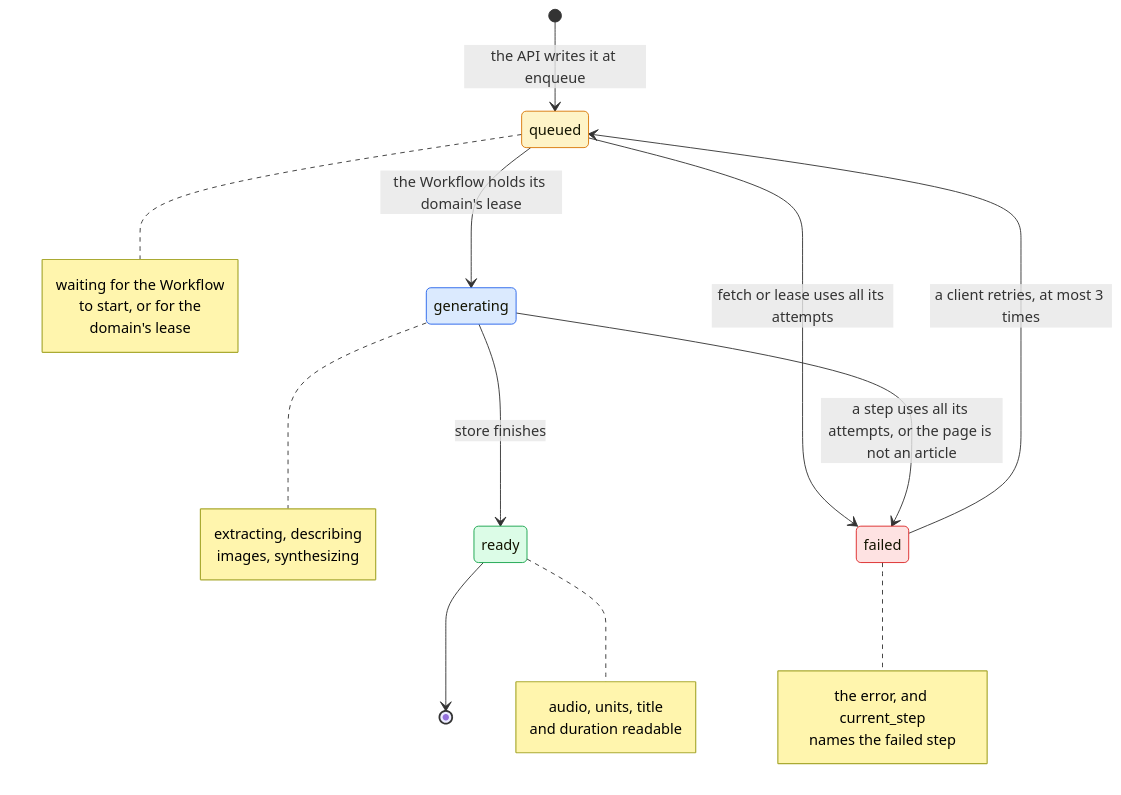
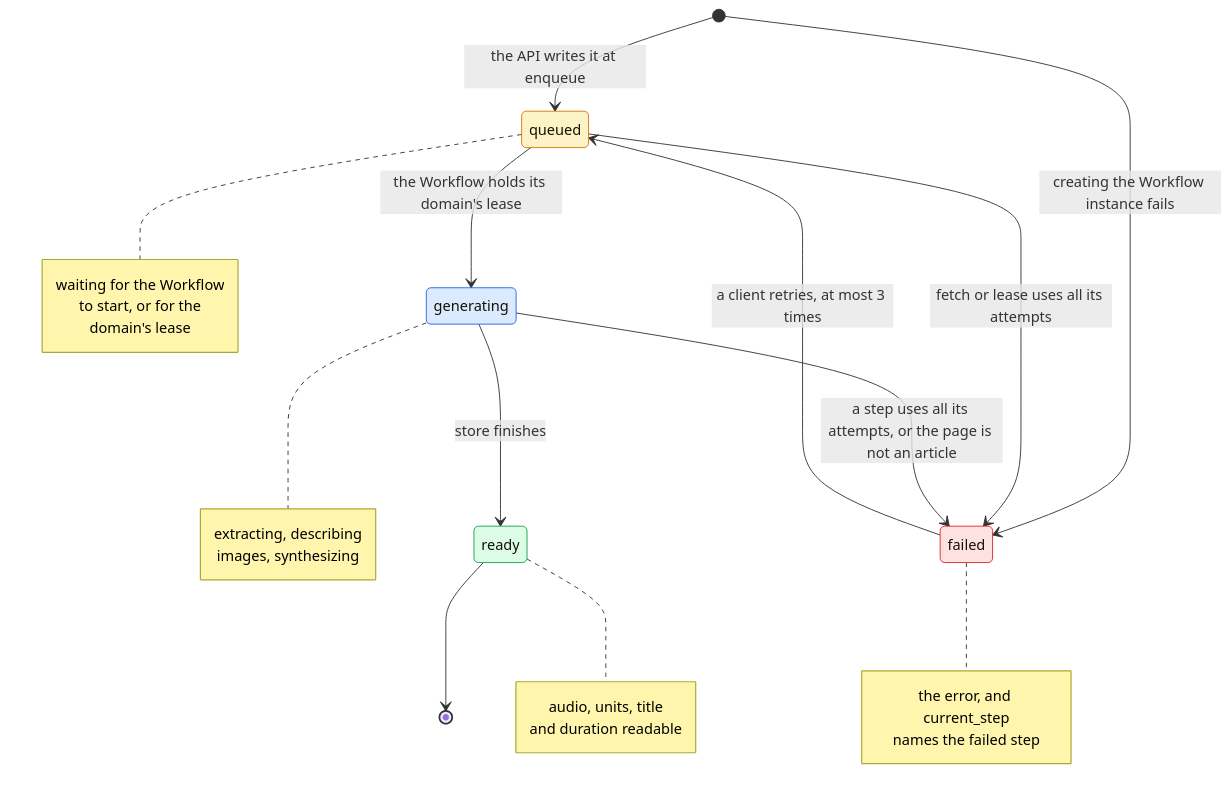
Before and after one commit to asermax/nagara: the second of 4 diagrams in docs/technical-design/item-lifecycle.md, drawn with Mermaid. The commit also changed other lines of this file and 9 other files, not shown here.

````diff
--- a/docs/technical-design/item-lifecycle.md
+++ b/docs/technical-design/item-lifecycle.md
@@ -125,22 +125,23 @@
 ```mermaid
 stateDiagram-v2
     [*] --> queued : the API writes it at enqueue
+    [*] --> failed : creating the Workflow instance fails
     queued --> generating : the Workflow holds its domain's lease
     generating --> ready : store finishes
     queued --> failed : fetch or lease uses all its attempts
     generating --> failed : a step uses all its attempts, or the page is not an article
     failed --> queued : a client retries, at most 3 times
     ready --> [*]
     note right of queued : waiting for the Workflow<br/>to start, or for the<br/>domain's lease
     note right of generating : extracting, describing<br/>images, synthesizing
     note right of ready : audio, units, title<br/>and duration readable
     note right of failed : the error, and current_step<br/>names the failed step
     classDef waiting fill:#fef3c7,stroke:#d97706
     classDef working fill:#dbeafe,stroke:#2563eb
     classDef done fill:#dcfce7,stroke:#16a34a
     classDef broken fill:#fee2e2,stroke:#dc2626
     class queued waiting
     class generating working
     class ready done
     class failed broken
 ```
````
